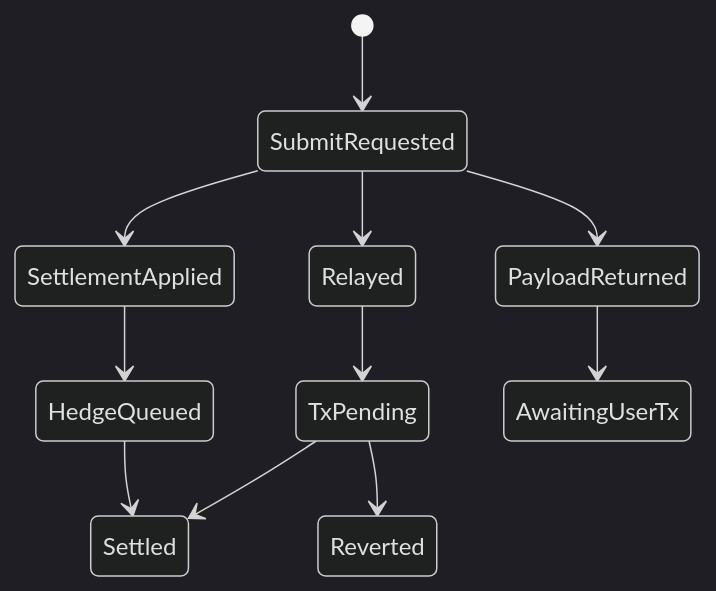
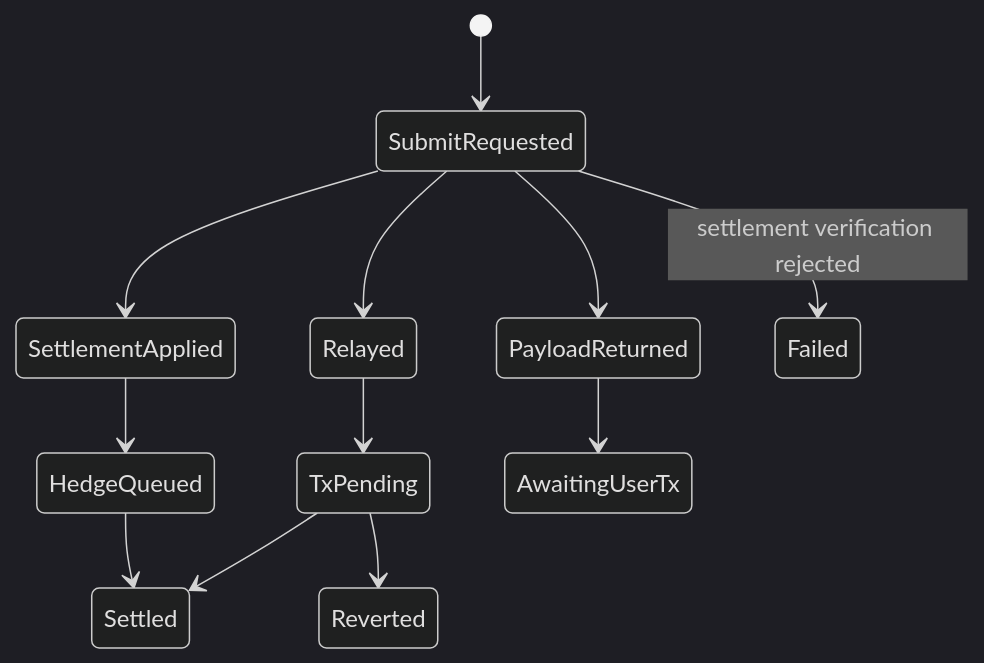
Before and after one commit to alvis-ai/production-grade-web3-rfq-market-maker: the third of 3 diagrams in book/Volume5-BackendEngineering/Chapter06-Execution-Service.md, drawn with Mermaid (dark theme). The commit also changed other lines of this file and 4 other files, not shown here.

Commit message:
feat: mark quotes failed on settlement rejection

````diff
--- a/book/Volume5-BackendEngineering/Chapter06-Execution-Service.md
+++ b/book/Volume5-BackendEngineering/Chapter06-Execution-Service.md
@@ -100,13 +100,14 @@
 ```mermaid
 stateDiagram-v2
   [*] --> SubmitRequested
   SubmitRequested --> SettlementApplied
   SettlementApplied --> HedgeQueued
   HedgeQueued --> Settled
   SubmitRequested --> PayloadReturned
   SubmitRequested --> Relayed
+  SubmitRequested --> Failed: settlement verification rejected
   Relayed --> TxPending
   TxPending --> Settled
   TxPending --> Reverted
   PayloadReturned --> AwaitingUserTx
 ```
````
